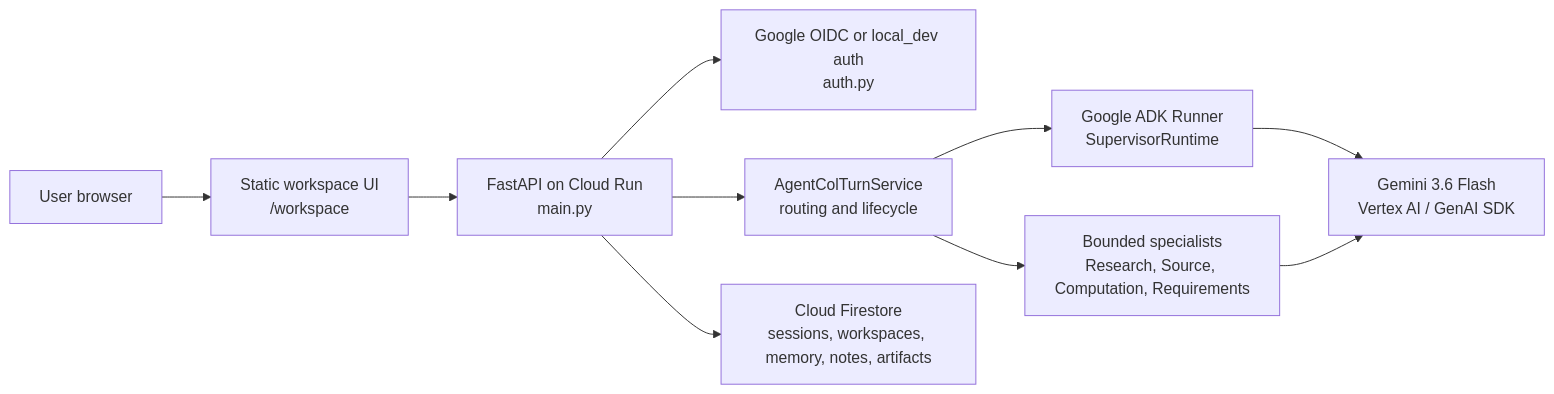
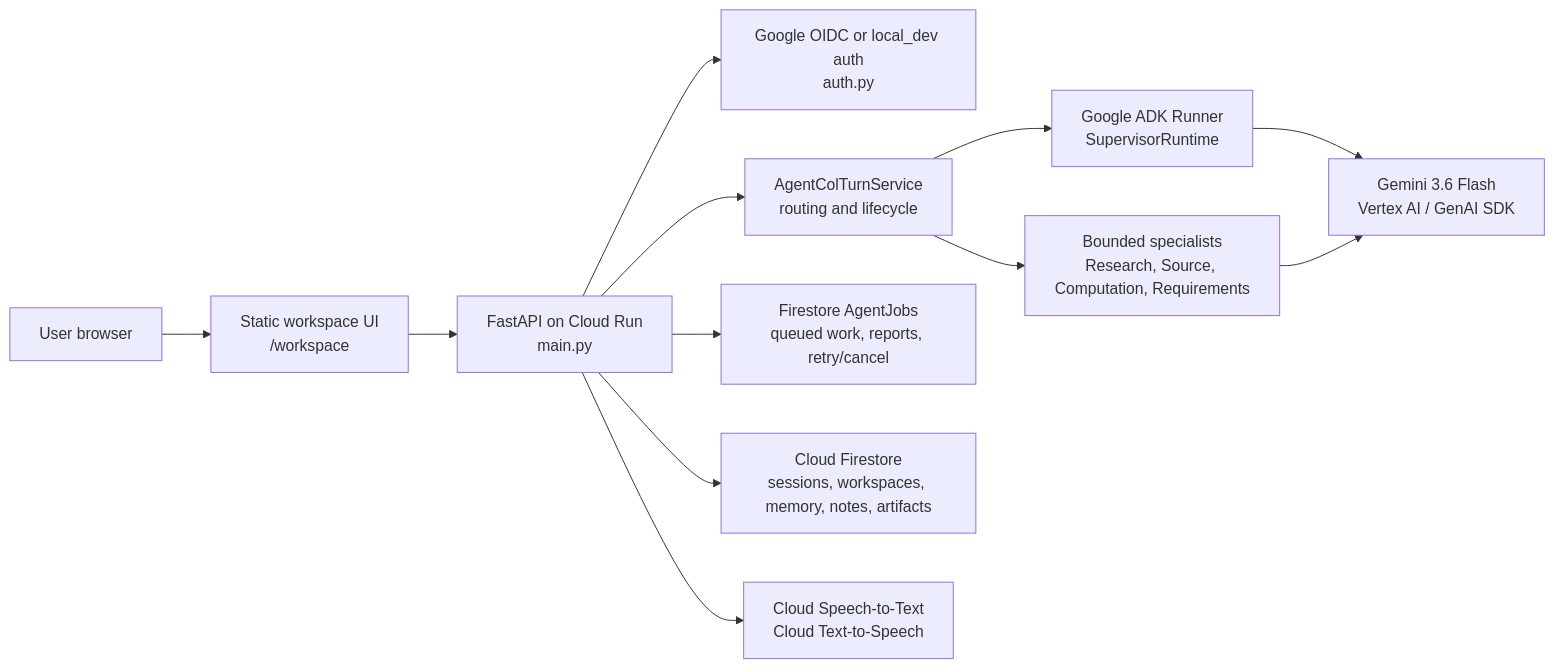
The diagram in README.md (knightsky-cpu/col-workspace), drawn with Mermaid before and after one commit. The commit also changed other lines of this file, not shown here.

````diff
--- a/README.md
+++ b/README.md
@@ -49,12 +55,14 @@
 ```mermaid
 flowchart LR
     User["User browser"] --> UI["Static workspace UI<br/>/workspace"]
     UI --> API["FastAPI on Cloud Run<br/>main.py"]
     API --> Auth["Google OIDC or local_dev auth<br/>auth.py"]
     API --> Turn["AgentColTurnService<br/>routing and lifecycle"]
     Turn --> ADK["Google ADK Runner<br/>SupervisorRuntime"]
     ADK --> Gemini["Gemini 3.6 Flash<br/>Vertex AI / GenAI SDK"]
     Turn --> Experts["Bounded specialists<br/>Research, Source, Computation, Requirements"]
     Experts --> Gemini
+    API --> Jobs["Firestore AgentJobs<br/>queued work, reports, retry/cancel"]
     API --> Store["Cloud Firestore<br/>sessions, workspaces, memory, notes, artifacts"]
+    API --> Speech["Cloud Speech-to-Text<br/>Cloud Text-to-Speech"]
 ```
````
